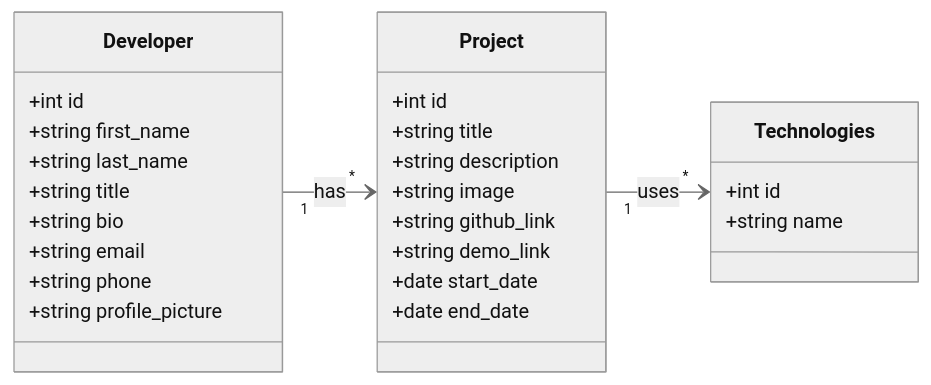
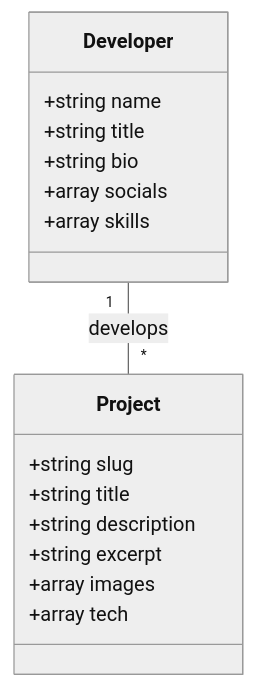
Before and after one commit to fadhub/Analyse: the diagram in conception/digrame_class.mmd, drawn with Mermaid (neutral theme). The commit also changed 60 other files, not shown here.

Commit message:
feat(services): add DeveloperService and ProjectService with static data

```diff
--- a/conception/digrame_class.mmd
+++ b/conception/digrame_class.mmd
@@ -1,33 +1,19 @@
 classDiagram
-    direction LR
-
     class Developer {
-        +int id
-        +string first_name
-        +string last_name
+        +string name
         +string title
         +string bio
-        +string email
-        +string phone
-        +string profile_picture
+        +array socials
+        +array skills
     }
 
     class Project {
-        +int id
+        +string slug
         +string title
         +string description
-        +string image
-        +string github_link
-        +string demo_link
-        +date start_date
-        +date end_date
+        +string excerpt
+        +array images
+        +array tech
     }
 
-    class Technologies {
-        +int id
-        +string name
-    }
-
-    %% Relationships
-    Developer "1" --> "*" Project : has
-    Project "1" --> "*" Technologies : uses
+    Developer "1" -- "*" Project : develops
```
